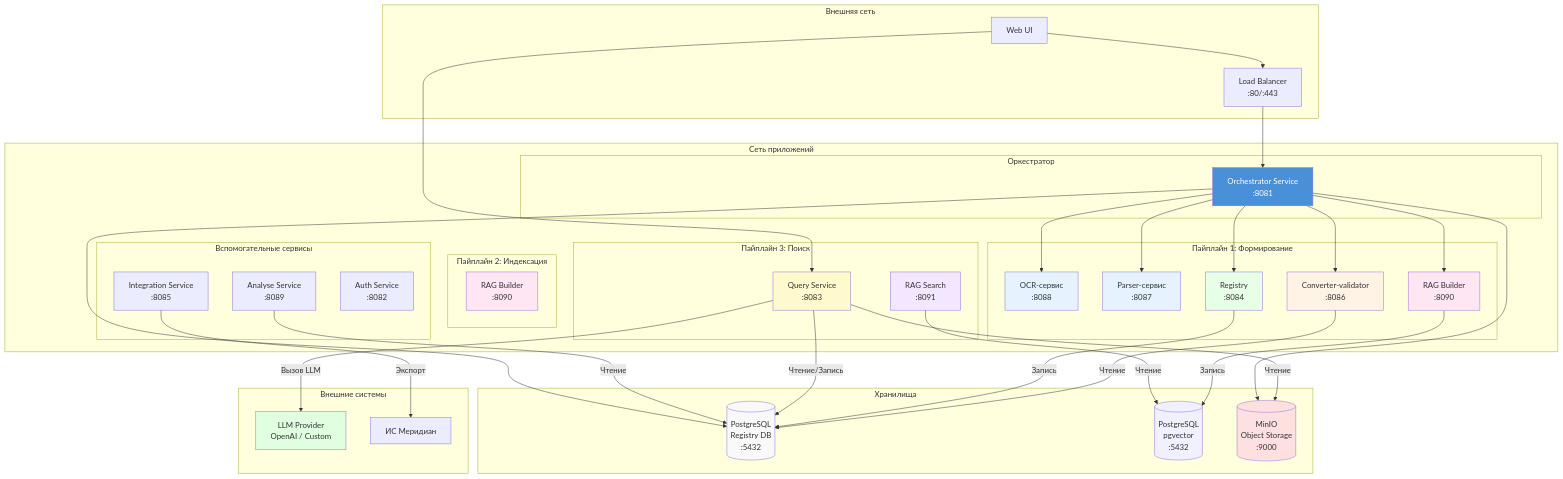
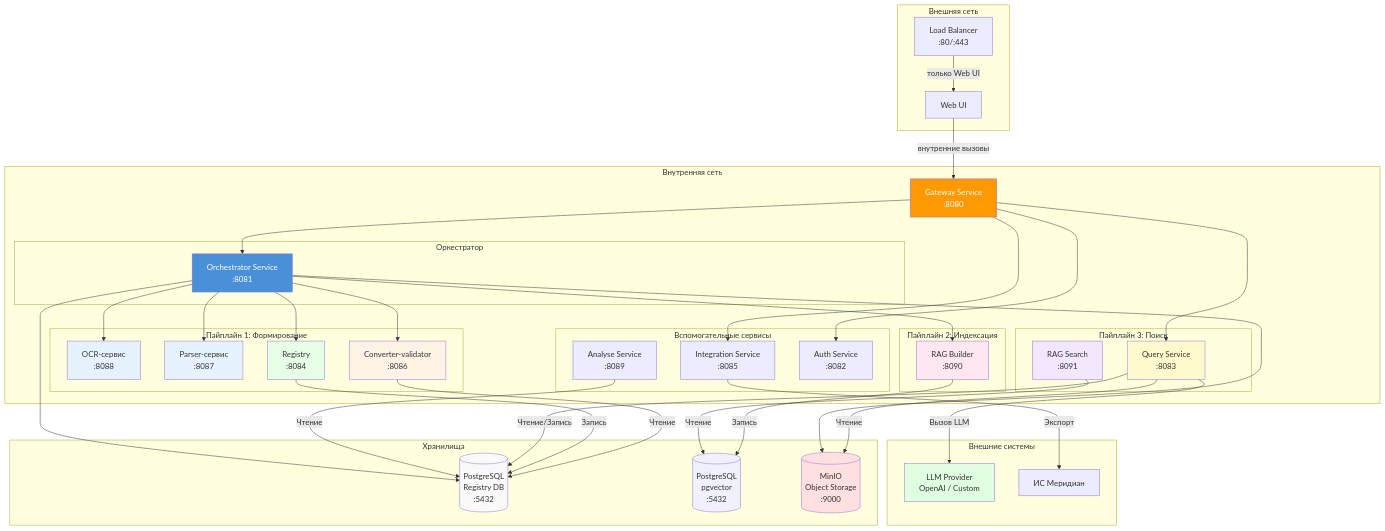
The fourth of 4 diagrams in docs/pipelines/overview.md (MasterKSAF/PKB), drawn with Mermaid before and after one commit. The commit also changed other lines of this file and 13 other files, not shown here.

First line of the commit message:
docs: add Gateway Service to documentation, fix architecture references

```diff
--- a/docs/pipelines/overview.md
+++ b/docs/pipelines/overview.md
@@ -376,7 +376,9 @@
         UI[Web UI]
     end
 
-    subgraph "Сеть приложений"
+    subgraph "Внутренняя сеть"
+        GW[Gateway Service<br/>:8080]
+
         subgraph "Оркестратор"
             Orch[Orchestrator Service<br/>:8081]
         end
@@ -386,18 +388,15 @@
             Pars[Parser-сервис<br/>:8087]
             CV[Converter-validator<br/>:8086]
             Reg[Registry<br/>:8084]
-            RAGb[RAG Builder<br/>:8090]
         end
 
         subgraph "Пайплайн 2: Индексация"
-            RAGi[RAG Builder
-:8090]
+            RAGb[RAG Builder<br/>:8090]
         end
 
         subgraph "Пайплайн 3: Поиск"
             QS[Query Service<br/>:8083]
-            RAGs[RAG Search
-:8091]
+            RAGs[RAG Search<br/>:8091]
         end
 
         subgraph "Вспомогательные сервисы"
@@ -423,9 +422,12 @@
     end
 
     %% Соединения
-    LB --> Orch
-    UI --> QS
-    UI --> LB
+    LB -->|только Web UI| UI
+    UI -->|внутренние вызовы| GW
+    GW --> Auth
+    GW --> Orch
+    GW --> QS
+    GW --> IS
 
     Orch --> OCR
     Orch --> Pars
@@ -448,13 +450,13 @@
     Orch --> PG
 
     %% Стили
+    style GW fill:#ff9900,color:#fff
     style Orch fill:#4a90d9,color:#fff
     style OCR fill:#e6f3ff
     style Pars fill:#e6f3ff
     style CV fill:#fff3e6
     style Reg fill:#e6ffe6
     style RAGb fill:#ffe6f3
-    style RAGi fill:#ffe6f3
     style RAGs fill:#f3e6ff
     style QS fill:#fffacd
     style PG fill:#f9f9f9
```
